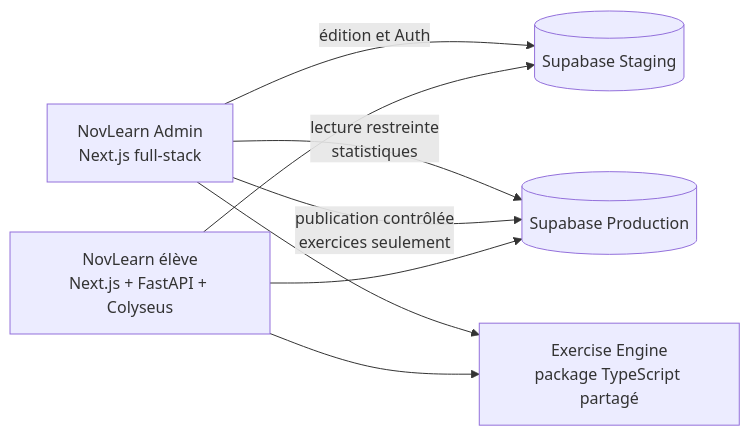
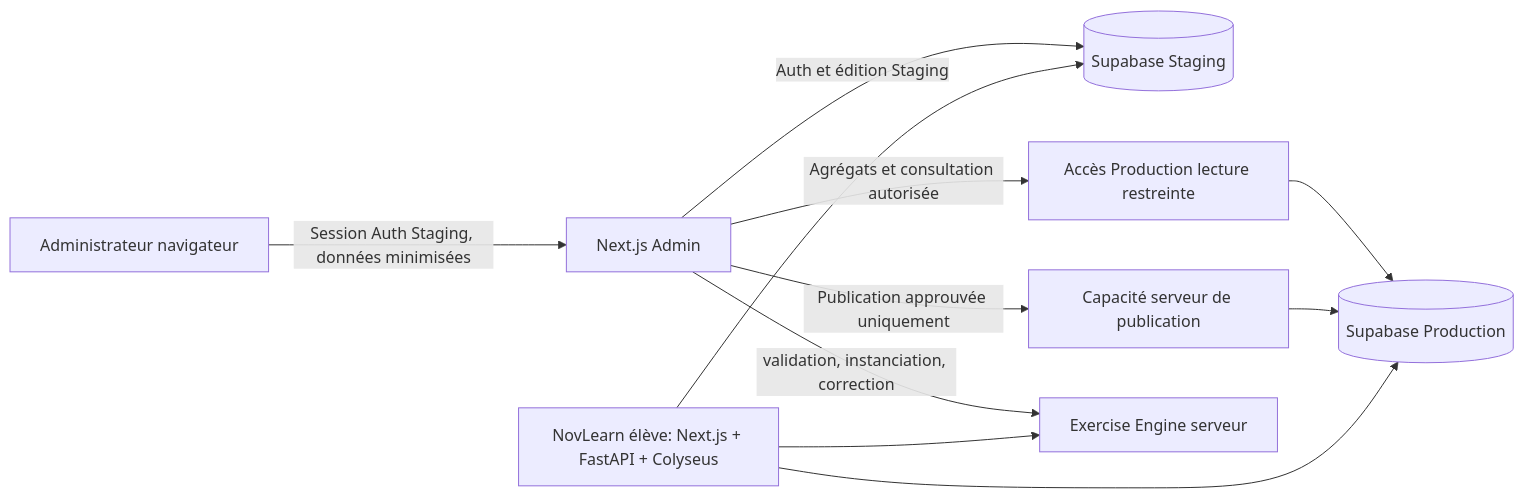
Before and after one commit to Novlearn/Novlearn-admin: the diagram in docs/architecture.md, drawn with Mermaid. The commit also changed other lines of this file and 15 other files, not shown here.

````diff
--- a/docs/architecture.md
+++ b/docs/architecture.md
@@ -9,10 +15,13 @@
 ```mermaid
 flowchart LR
-  Admin[NovLearn Admin\nNext.js full-stack] -->|édition et Auth| Stage[(Supabase Staging)]
-  Admin -->|lecture restreinte\nstatistiques| Prod[(Supabase Production)]
-  Admin -->|publication contrôlée\nexercices seulement| Prod
-  Admin --> Engine[Exercise Engine\npackage TypeScript partagé]
-  Student[NovLearn élève\nNext.js + FastAPI + Colyseus] --> Engine
+  Browser[Administrateur navigateur] -->|Session Auth Staging, données minimisées| Admin[Next.js Admin]
+  Admin -->|Auth et édition Staging| Stage[(Supabase Staging)]
+  Admin -->|Agrégats et consultation autorisée| Read[Accès Production lecture restreinte]
+  Admin -->|Publication approuvée uniquement| Publish[Capacité serveur de publication]
+  Read --> Prod[(Supabase Production)]
+  Publish --> Prod
+  Admin -->|validation, instanciation, correction| Engine[Exercise Engine serveur]
+  Student[NovLearn élève: Next.js + FastAPI + Colyseus] --> Engine
+  Student --> Prod
   Student --> Stage
-  Student --> Prod
 ```
````
